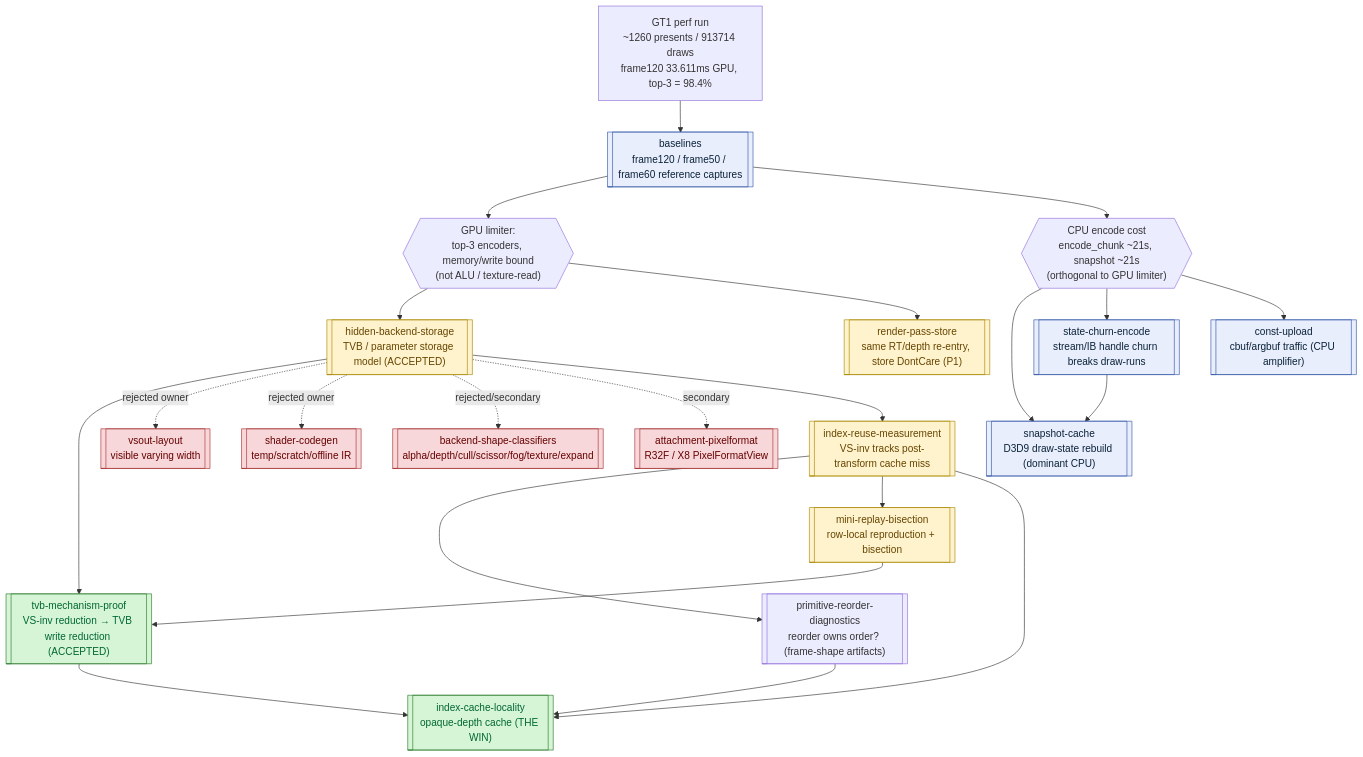
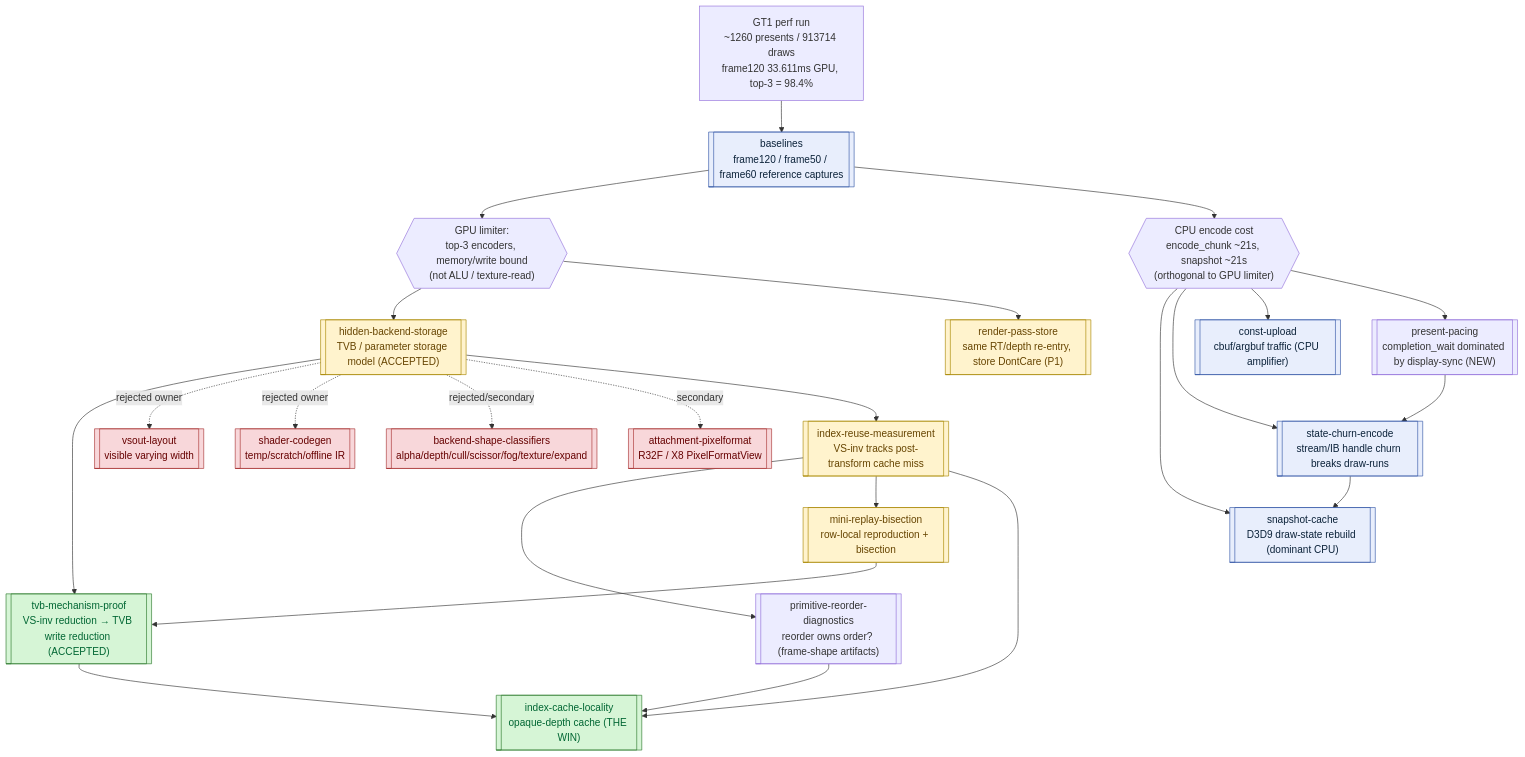
Before and after one commit to dfdgsdfg/dxmt9: the first of 2 diagrams in docs/perfomance/overview-3dmark05-gt1.md, drawn with Mermaid. The commit also changed 2 other files, not shown here.

First paragraph of the commit message:
docs(perfomance): add present-pacing topic + display-sync attribution
Step 1 of CPU bottleneck investigation. Attributes the ~28-31 s
completion_wait_ms surfaced in the 2026-06-04 summary to its actual
source.

````diff
--- a/docs/perfomance/overview-3dmark05-gt1.md
+++ b/docs/perfomance/overview-3dmark05-gt1.md
@@ -44,45 +44,47 @@
 ```mermaid
 flowchart TD
   Root["GT1 perf run\n~1260 presents / 913714 draws\nframe120 33.611ms GPU, top-3 = 98.4%"]
 
   Root --> Base[["baselines\nframe120 / frame50 / frame60 reference captures"]]
 
   %% GPU side
   Base --> GPU{{"GPU limiter:\ntop-3 encoders, memory/write bound\n(not ALU / texture-read)"}}
   GPU --> HBS[["hidden-backend-storage\nTVB / parameter storage model (ACCEPTED)"]]
   HBS --> TVB[["tvb-mechanism-proof\nVS-inv reduction → TVB write reduction (ACCEPTED)"]]
 
   %% rejected GPU ownership hunts
   HBS -.rejected owner.-> VSO[["vsout-layout\nvisible varying width"]]
   HBS -.rejected owner.-> SCG[["shader-codegen\ntemp/scratch/offline IR"]]
   HBS -.rejected/secondary.-> BSC[["backend-shape-classifiers\nalpha/depth/cull/scissor/fog/texture/expand"]]
   HBS -.secondary.-> APF[["attachment-pixelformat\nR32F / X8 PixelFormatView"]]
 
   %% measurement → reorder → the win
   HBS --> IRM[["index-reuse-measurement\nVS-inv tracks post-transform cache miss"]]
   IRM --> PRD[["primitive-reorder-diagnostics\nreorder owns order? (frame-shape artifacts)"]]
   IRM --> MRB[["mini-replay-bisection\nrow-local reproduction + bisection"]]
   MRB --> TVB
   PRD --> ICL[["index-cache-locality\nopaque-depth cache (THE WIN)"]]
   TVB --> ICL
   IRM --> ICL
 
   %% P1 GPU memory
   GPU --> RPS[["render-pass-store\nsame RT/depth re-entry, store DontCare (P1)"]]
 
   %% CPU side
   Base --> CPU{{"CPU encode cost\nencode_chunk ~21s, snapshot ~21s\n(orthogonal to GPU limiter)"}}
   CPU --> SNAP[["snapshot-cache\nD3D9 draw-state rebuild (dominant CPU)"]]
   CPU --> SCE[["state-churn-encode\nstream/IB handle churn breaks draw-runs"]]
   CPU --> CU[["const-upload\ncbuf/argbuf traffic (CPU amplifier)"]]
+  CPU --> PP[["present-pacing\ncompletion_wait dominated by display-sync (NEW)"]]
   SCE --> SNAP
+  PP --> SCE
 
   classDef win fill:#d6f5d6,stroke:#2b7a2b,color:#063
   classDef open fill:#fff3cd,stroke:#a80,color:#640
   classDef rej fill:#f8d7da,stroke:#a33,color:#600
   classDef base fill:#e8eefc,stroke:#3559a8,color:#0b2239
   class TVB,ICL win
   class HBS,IRM,MRB,RPS open
   class VSO,SCG,BSC,APF rej
   class Base,SNAP,SCE,CU base
 ```
````
